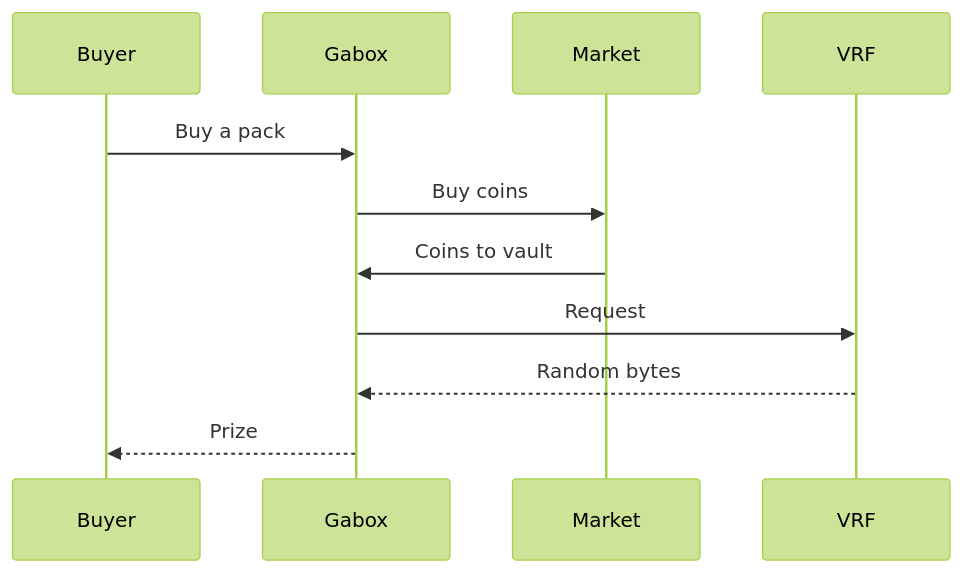
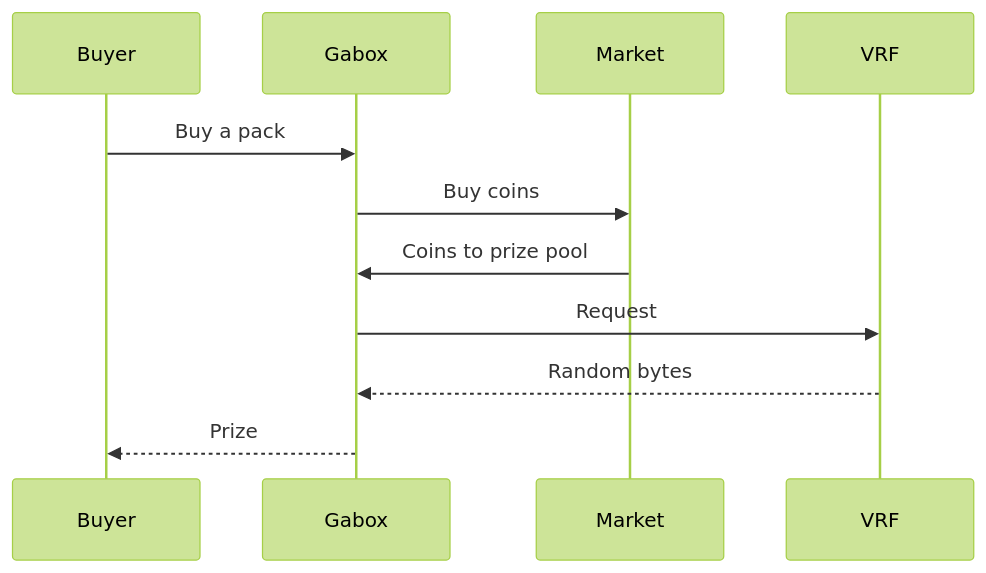
The diagram in opening-a-pack.mdx (gabox-labs/docs), drawn with Mermaid (forest theme) before and after one commit. The commit also changed other lines of this file and 17 other files, not shown here.

First line of the commit message:
Docs: say "prize pool", and the creator's fund and withdraw (GAB-79)

````diff
--- a/opening-a-pack.mdx
+++ b/opening-a-pack.mdx
@@ -43,13 +43,13 @@
 ```mermaid
 sequenceDiagram
  participant B as Buyer
  participant G as Gabox
  participant M as Market
  participant V as VRF
  B->>G: Buy a pack
  G->>M: Buy coins
- M->>G: Coins to vault
+ M->>G: Coins to prize pool
  G->>V: Request
  V-->>G: Random bytes
  G-->>B: Prize
 ```
````
